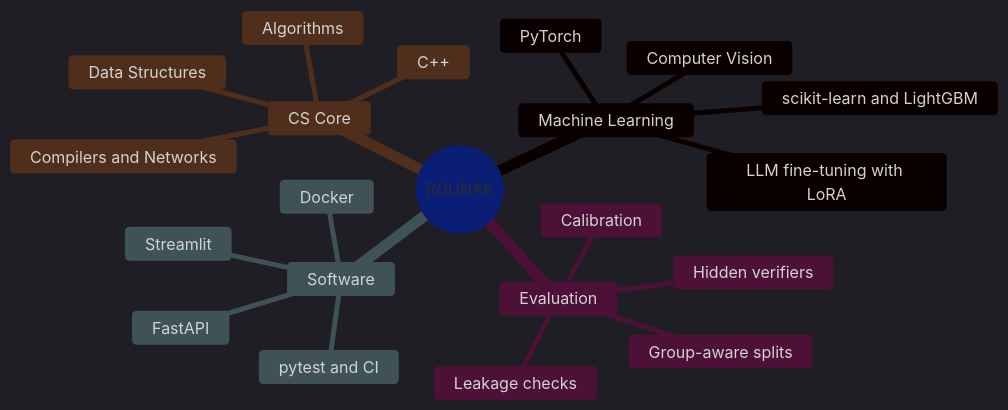
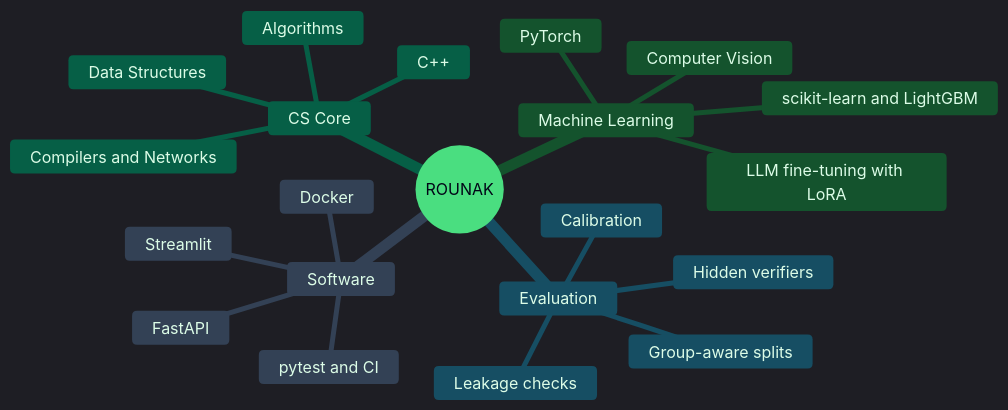
The first of 9 diagrams in README.md (rounak251/rounak251), drawn with Mermaid before and after one commit. The commit also changed other lines of this file, not shown here.

Commit message:
Fix profile layout: line breaks, mind-map colours, visitor badge

````diff
--- a/README.md
+++ b/README.md
@@ -104,25 +103,25 @@
 ```mermaid
-%%{init: {'theme':'dark','themeVariables':{'primaryColor':'#0F172A','primaryBorderColor':'#4ADE80','primaryTextColor':'#DCFCE7','lineColor':'#4ADE80','secondaryColor':'#020617','tertiaryColor':'#020617'}}}%%
+%%{init: {'theme':'dark','themeVariables':{'git0':'#4ADE80','gitBranchLabel0':'#020617','cScale1':'#14532D','cScaleLabel1':'#DCFCE7','cScale2':'#164E63','cScaleLabel2':'#DCFCE7','cScale3':'#334155','cScaleLabel3':'#DCFCE7','cScale4':'#065F46','cScaleLabel4':'#DCFCE7','cScaleInv1':'#4ADE80','cScaleInv2':'#4ADE80','cScaleInv3':'#4ADE80','cScaleInv4':'#4ADE80'}}}%%
 mindmap
   root((ROUNAK))
     Machine Learning
       PyTorch
       scikit-learn and LightGBM
       LLM fine-tuning with LoRA
       Computer Vision
     Evaluation
       Group-aware splits
       Leakage checks
       Hidden verifiers
       Calibration
     Software
       FastAPI
       Docker
       Streamlit
       pytest and CI
     CS Core
       C++
       Data Structures
       Algorithms
       Compilers and Networks
 ```
````
